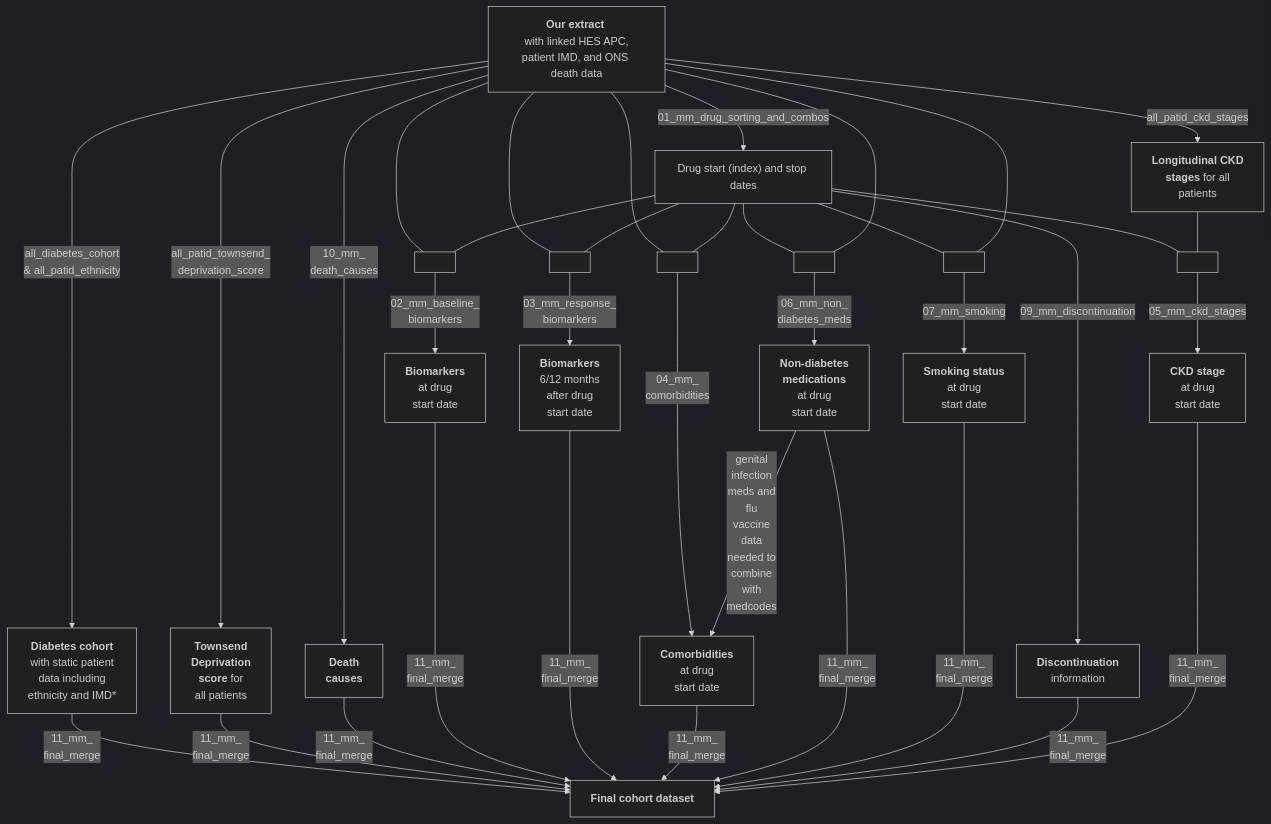
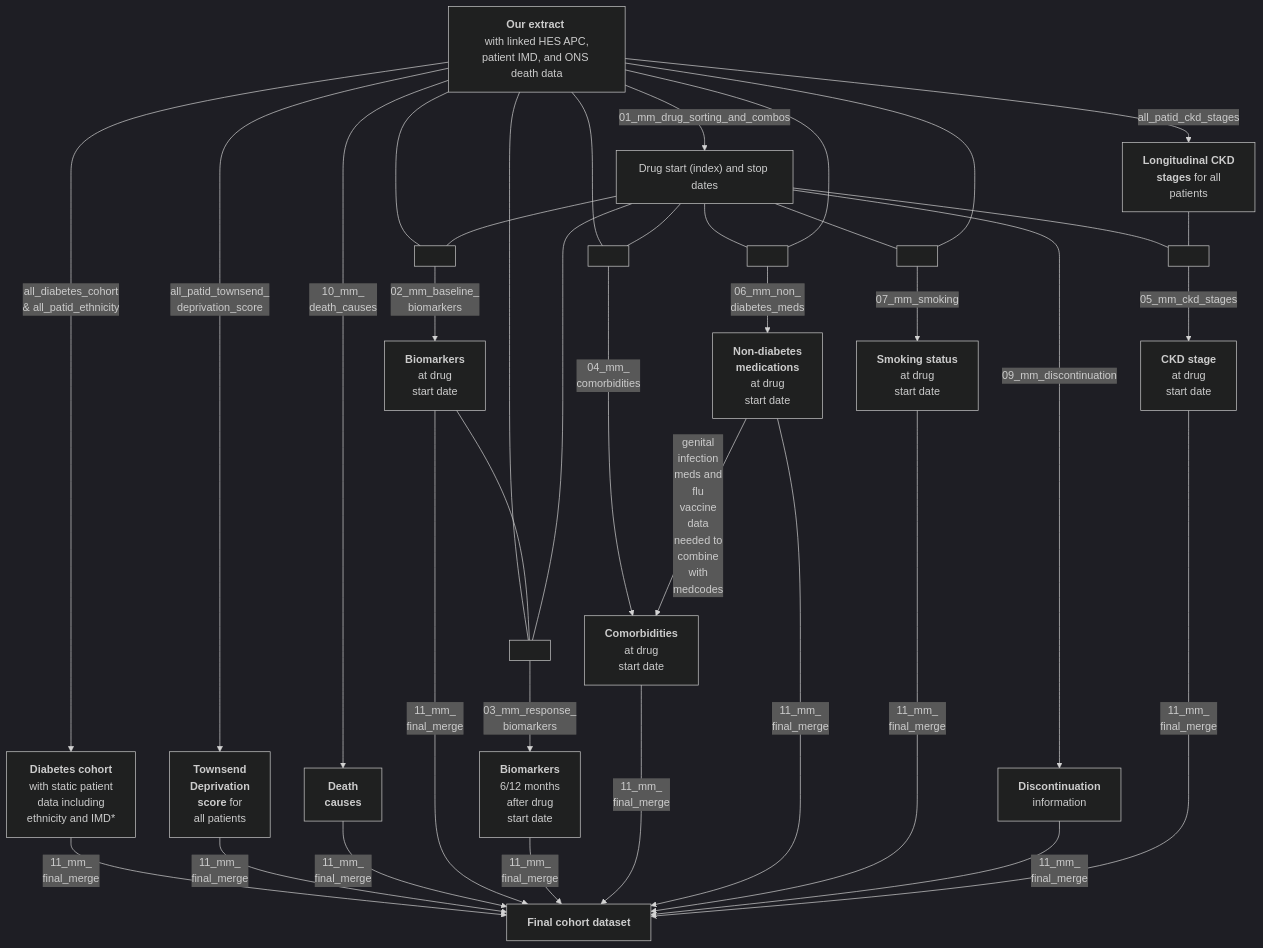
Before and after one commit to Exeter-Diabetes/CPRD-Cohort-scripts: the diagram in 03-Treatment-response-(MASTERMIND)/README.md, drawn with Mermaid (dark theme).

````diff
--- a/03-Treatment-response-(MASTERMIND)/README.md
+++ b/03-Treatment-response-(MASTERMIND)/README.md
@@ -13,48 +13,49 @@
 ```mermaid
 graph TD;
     A["<b>Our extract</b> <br> with linked HES APC, patient IMD, and ONS death data"] --> |"all_diabetes_cohort <br> & all_patid_ethnicity"|B["<b>Diabetes cohort<br></b> with static patient <br>data including <br>ethnicity and IMD*"]
     A-->|"all_patid_townsend_<br>deprivation_score"|N["<b>Townsend<br> Deprivation<br>score</b> for<br> all patients"]
     A-->|"10_mm_<br>death_causes"|O["<b>Death<br>causes</b>"]
     A-->|"01_mm_drug_sorting_and_combos"|H["Drug start (index) and stop dates"]
 
     A---Y[ ]:::empty
     H---Y
     Y-->|"02_mm_baseline_<br>biomarkers"|E["<b>Biomarkers</b> <br> at drug <br> start date"]
     
     A---T[ ]:::empty
+    E---T
     H---T
     T-->|"03_mm_response_<br>biomarkers"|L["<b>Biomarkers</b> <br> 6/12 months <br> after drug <br>start date"]
     
     A---W[ ]:::empty
     H---W
     W-->|"04_mm_<br>comorbidities"|F["<b>Comorbidities</b> <br> at drug <br> start date"]
     
     H---U[ ]:::empty
     A---U
     U-->|"06_mm_non_<br>diabetes_meds"|M["<b>Non-diabetes <br>medications</b> <br> at drug <br> start date"]
     
     M-->|"genital<br>infection<br>meds and<br>flu<br>vaccine<br>data<br>needed to<br>combine<br>with<br>medcodes"|F
     
     H---X[ ]:::empty
     A---X
     X-->|"07_mm_smoking"|G["<b>Smoking status</b> <br> at drug <br> start date"]
     
     H-->|"09_mm_discontinuation"|V["<b>Discontinuation</b><br> information"]
     
     A-->|"all_patid_ckd_stages"|C["<b>Longitudinal CKD <br> stages</b> for all <br> patients"]
     H---Z[ ]:::empty
     C---Z
     Z-->|"05_mm_ckd_stages"|I["<b>CKD stage </b> <br> at drug <br> start date"]
     
     
     B-->|"11_mm_<br>final_merge"|J["<b>Final cohort dataset</b>"]
     N-->|"11_mm_<br>final_merge"|J
     O-->|"11_mm_<br>final_merge"|J
     E-->|"11_mm_<br>final_merge"|J
     L-->|"11_mm_<br>final_merge"|J
     F-->|"11_mm_<br>final_merge"|J
     M-->|"11_mm_<br>final_merge"|J  
     G-->|"11_mm_<br>final_merge"|J
     V-->|"11_mm_<br>final_merge"|J
     I-->|"11_mm_<br>final_merge"|J  
 ```
````
